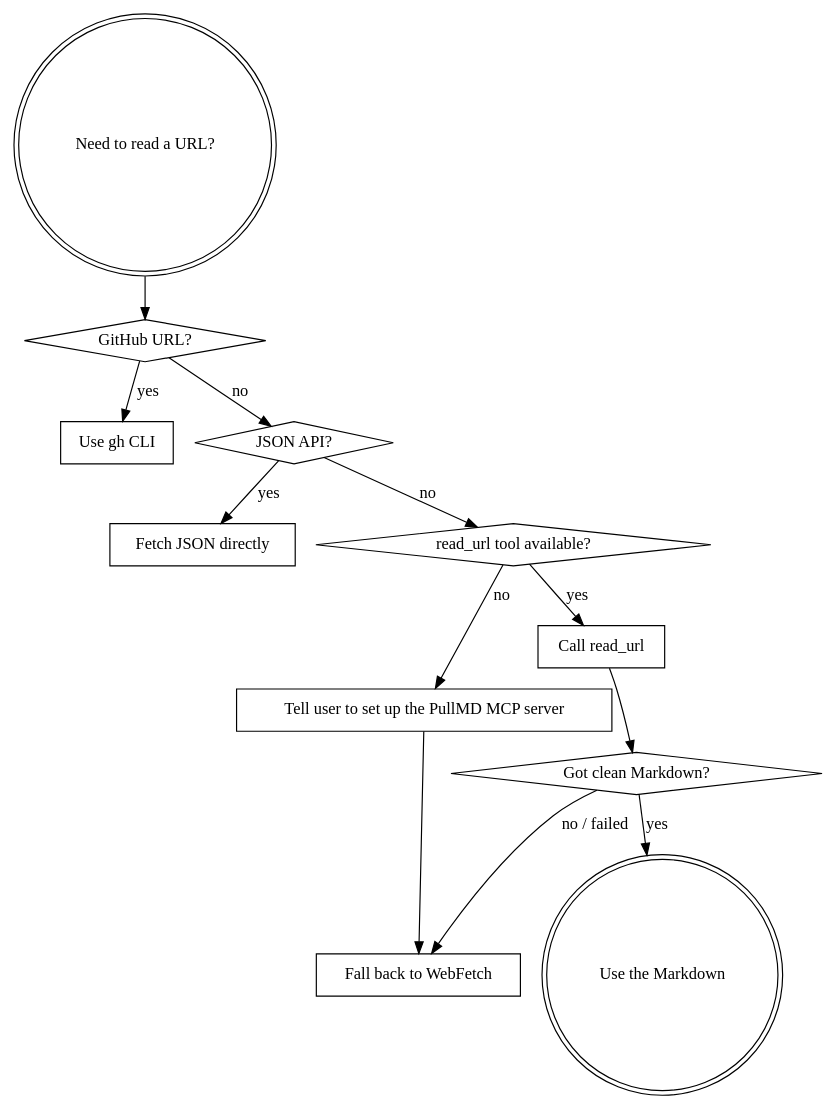
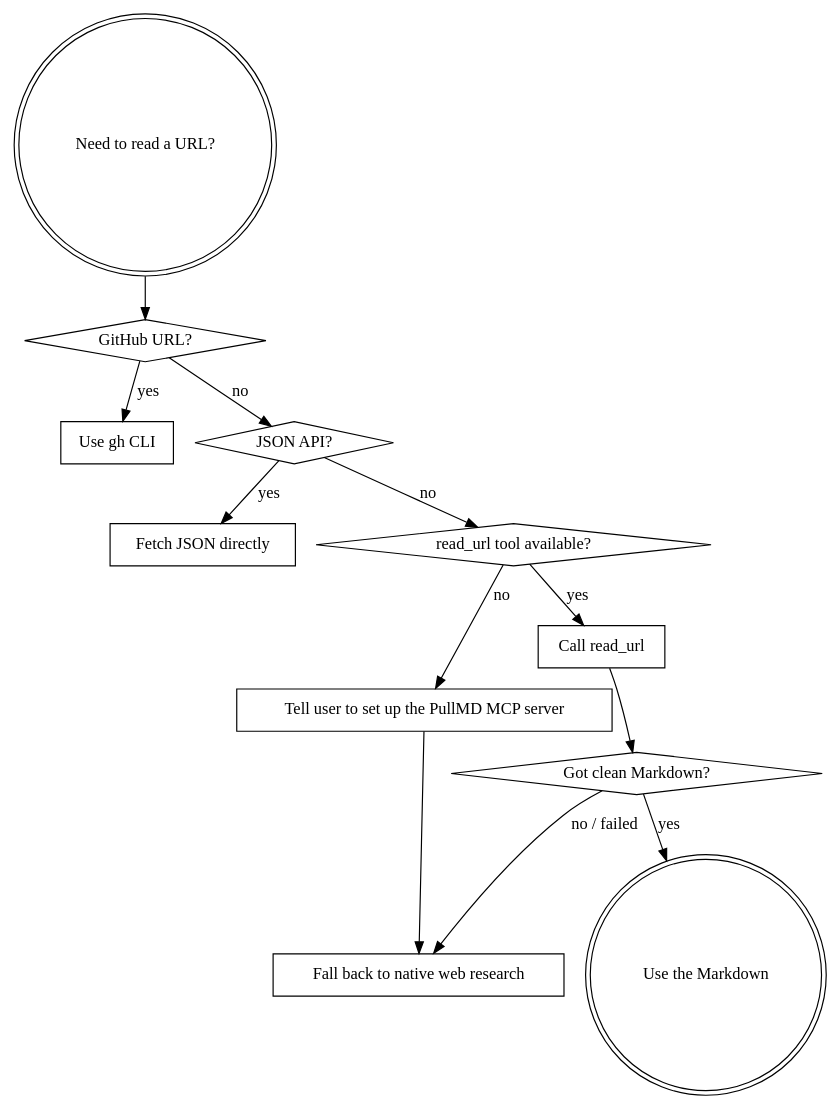
The diagram in plugins/web-fetching-with-pullmd/skills/fetching-web-with-pullmd/SKILL.md (it-bens/ai-tools), drawn with Graphviz before and after one commit. The commit also changed other lines of this file and 74 other files, not shown here.

````diff
--- a/plugins/web-fetching-with-pullmd/skills/fetching-web-with-pullmd/SKILL.md
+++ b/plugins/web-fetching-with-pullmd/skills/fetching-web-with-pullmd/SKILL.md
@@ -13,27 +13,27 @@
 ```dot
 digraph pullmd {
     "Need to read a URL?" [shape=doublecircle];
     "GitHub URL?" [shape=diamond];
     "Use gh CLI" [shape=box];
     "JSON API?" [shape=diamond];
     "Fetch JSON directly" [shape=box];
     "read_url tool available?" [shape=diamond];
     "Tell user to set up the PullMD MCP server" [shape=box];
     "Call read_url" [shape=box];
     "Got clean Markdown?" [shape=diamond];
     "Use the Markdown" [shape=doublecircle];
-    "Fall back to WebFetch" [shape=box];
+    "Fall back to native web research" [shape=box];
 
     "Need to read a URL?" -> "GitHub URL?";
     "GitHub URL?" -> "Use gh CLI" [label="yes"];
     "GitHub URL?" -> "JSON API?" [label="no"];
     "JSON API?" -> "Fetch JSON directly" [label="yes"];
     "JSON API?" -> "read_url tool available?" [label="no"];
     "read_url tool available?" -> "Call read_url" [label="yes"];
     "read_url tool available?" -> "Tell user to set up the PullMD MCP server" [label="no"];
-    "Tell user to set up the PullMD MCP server" -> "Fall back to WebFetch";
+    "Tell user to set up the PullMD MCP server" -> "Fall back to native web research";
     "Call read_url" -> "Got clean Markdown?";
     "Got clean Markdown?" -> "Use the Markdown" [label="yes"];
-    "Got clean Markdown?" -> "Fall back to WebFetch" [label="no / failed"];
+    "Got clean Markdown?" -> "Fall back to native web research" [label="no / failed"];
 }
 ```
````
